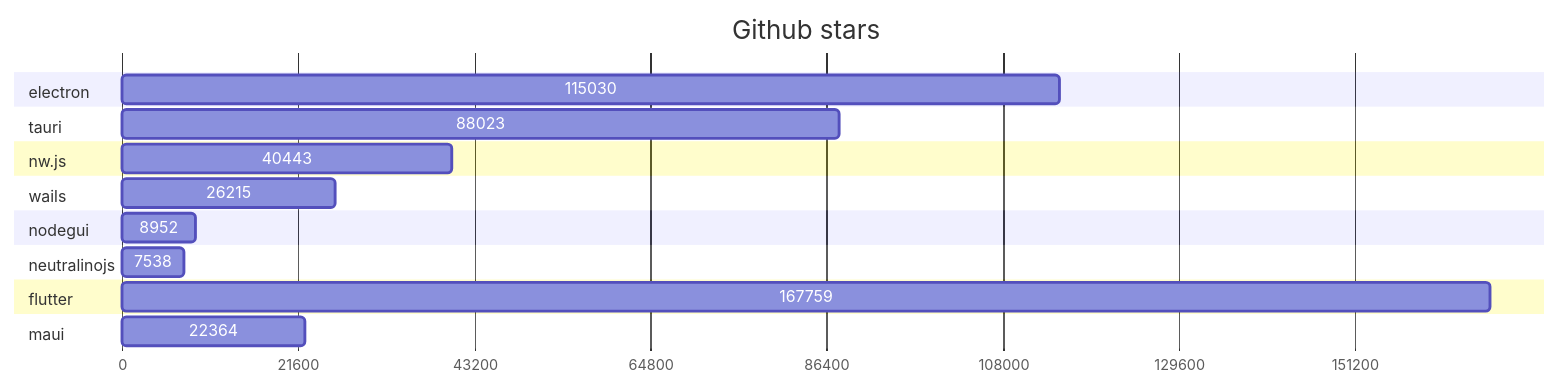
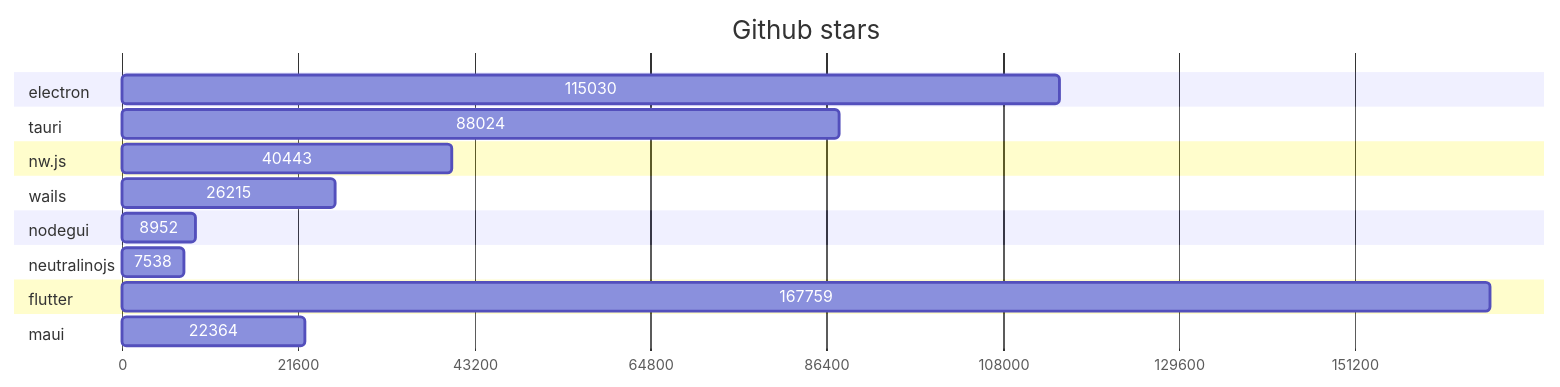
One commit to Elanis/web-to-desktop-framework-comparison changed the first of 2 diagrams in GRAPHS.md. Above: the diagram before and after it, drawn with Mermaid. The commit also changed other lines of this file and 1 other file, not shown here.

Commit message:
Update stars & Fork

````diff
--- a/GRAPHS.md
+++ b/GRAPHS.md
@@ -5,40 +5,40 @@
 ```mermaid
 gantt
     title Github stars
     dateFormat  X
     axisFormat %s
 
 
 	section electron
 	115030 : 0, 115030
 
 	
 	section tauri
-	88023 : 0, 88023
+	88024 : 0, 88024
 
 	
 	section nw.js
 	40443 : 0, 40443
 
 	
 	section wails
 	26215 : 0, 26215
 
 	
 	section nodegui
 	8952 : 0, 8952
 
 	
 	section neutralinojs
 	7538 : 0, 7538
 
 	
 	section flutter
 	167759 : 0, 167759
 
 	
 	section maui
 	22364 : 0, 22364
 
 	
 ```
````
